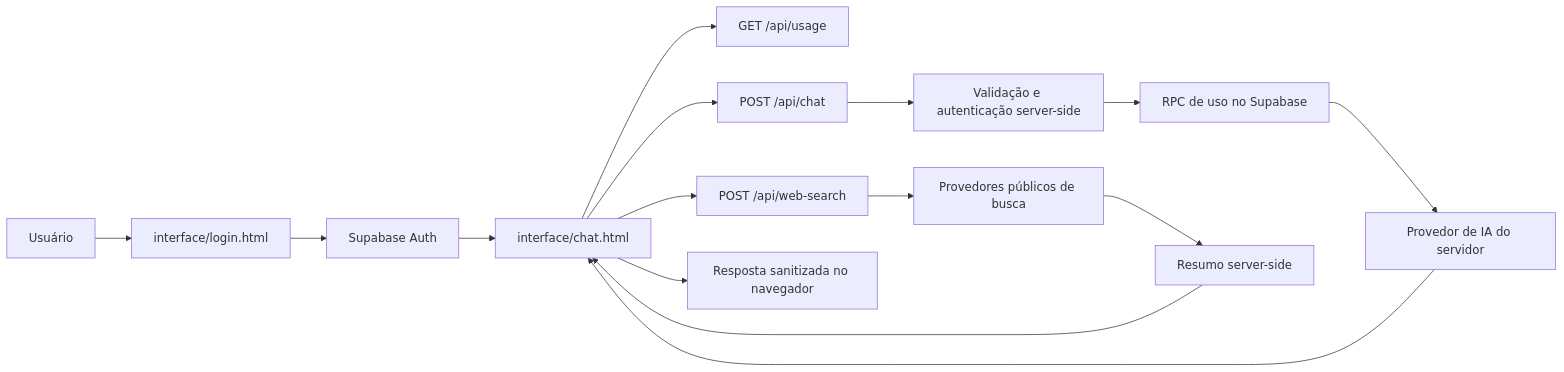
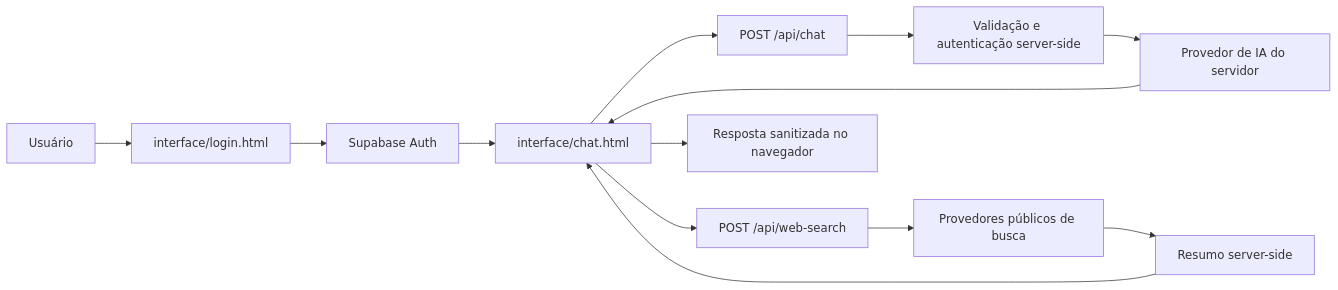
One commit to jeanvicen/KAZER changed the diagram in README.md. Above: the diagram before and after it, drawn with Mermaid. The commit also changed other lines of this file and 39 other files, not shown here.

````diff
--- a/README.md
+++ b/README.md
@@ -70,17 +70,15 @@
 ```mermaid
 flowchart LR
     U[Usuário] --> L[interface/login.html]
     L --> A[Supabase Auth]
     A --> C[interface/chat.html]
-    C --> S[GET /api/usage]
     C --> H[POST /api/chat]
     C --> W[POST /api/web-search]
     H --> V[Validação e autenticação server-side]
-    V --> R[RPC de uso no Supabase]
-    R --> G[Provedor de IA do servidor]
+    V --> G[Provedor de IA do servidor]
     W --> B[Provedores públicos de busca]
     B --> M[Resumo server-side]
     G --> C
     M --> C
     C --> P[Resposta sanitizada no navegador]
 ```
````
